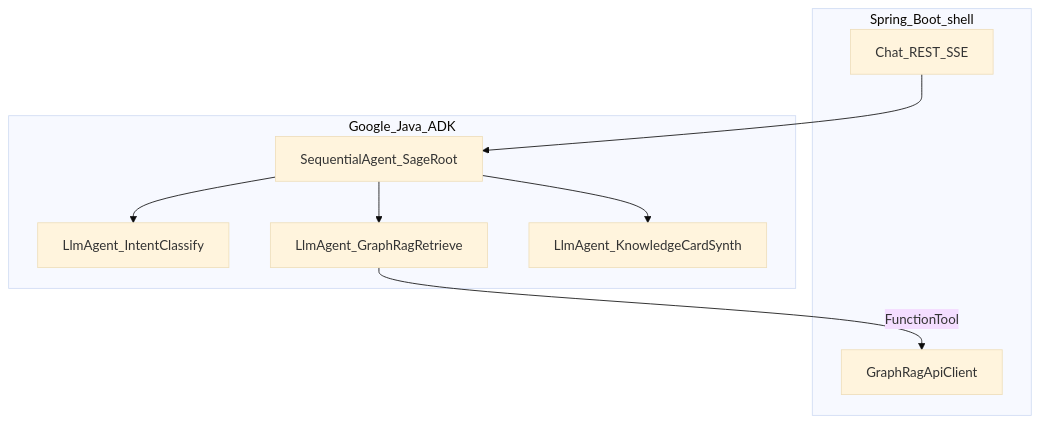
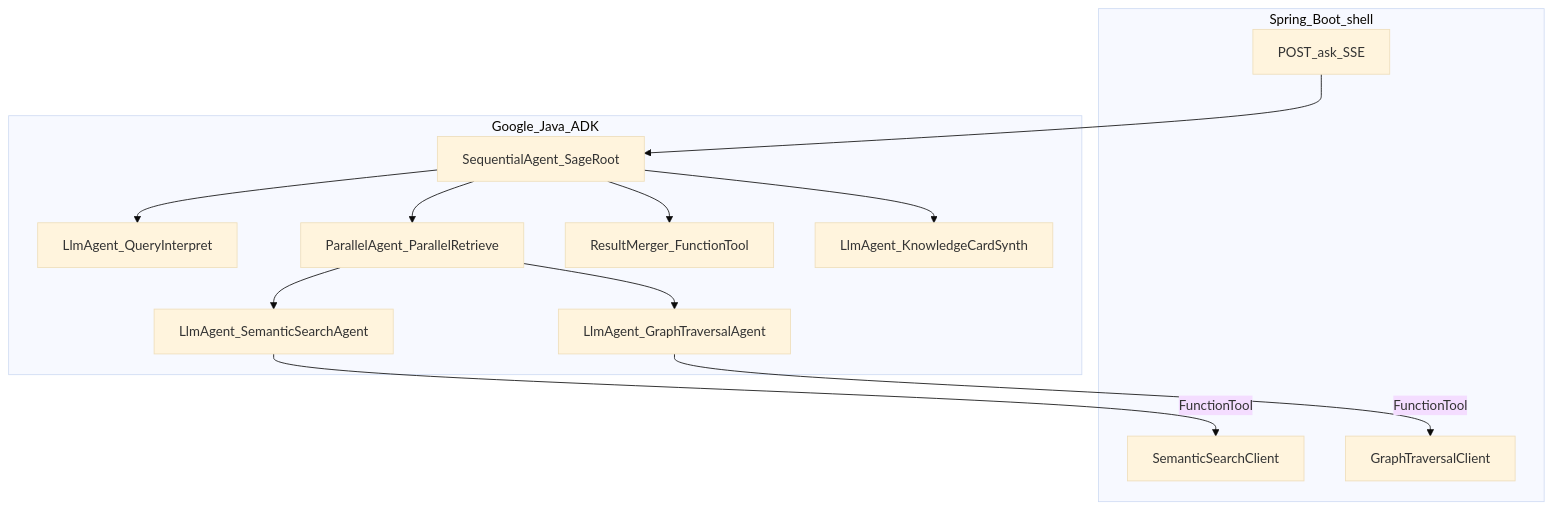
The first of 3 diagrams in docs/google-java-adk-usage.md (ShivendraGupta13/sage-ai), drawn with Mermaid (base theme) before and after one commit. The commit also changed other lines of this file and 3 other files, not shown here.

Commit message:
Update feature document to v1.1, enhancing query interpretation, database population, and confidence scoring. Revise architecture and ADK documentation to reflect changes in the ask-time pipeline and retrieval processes. Add decision points for implementation clarity.

````diff
--- a/docs/google-java-adk-usage.md
+++ b/docs/google-java-adk-usage.md
@@ -49,20 +60,28 @@
 ```mermaid
 flowchart TB
   subgraph springShell [Spring_Boot_shell]
-    ChatAPI[Chat_REST_SSE]
-    RagClient[GraphRagApiClient]
+    ChatAPI[POST_ask_SSE]
+    SemClient[SemanticSearchClient]
+    GraphClient[GraphTraversalClient]
   end
 
   subgraph adkPipeline [Google_Java_ADK]
     Root[SequentialAgent_SageRoot]
-    Intent[LlmAgent_IntentClassify]
-    GraphRag[LlmAgent_GraphRagRetrieve]
+    QI[LlmAgent_QueryInterpret]
+    PA[ParallelAgent_ParallelRetrieve]
+    SS[LlmAgent_SemanticSearchAgent]
+    GT[LlmAgent_GraphTraversalAgent]
+    RM[ResultMerger_FunctionTool]
     Synth[LlmAgent_KnowledgeCardSynth]
   end
 
   ChatAPI --> Root
-  Root --> Intent
-  Root --> GraphRag
+  Root --> QI
+  Root --> PA
+  PA --> SS
+  PA --> GT
+  Root --> RM
   Root --> Synth
-  GraphRag -->|FunctionTool| RagClient
+  SS -->|FunctionTool| SemClient
+  GT -->|FunctionTool| GraphClient
 ```
````
